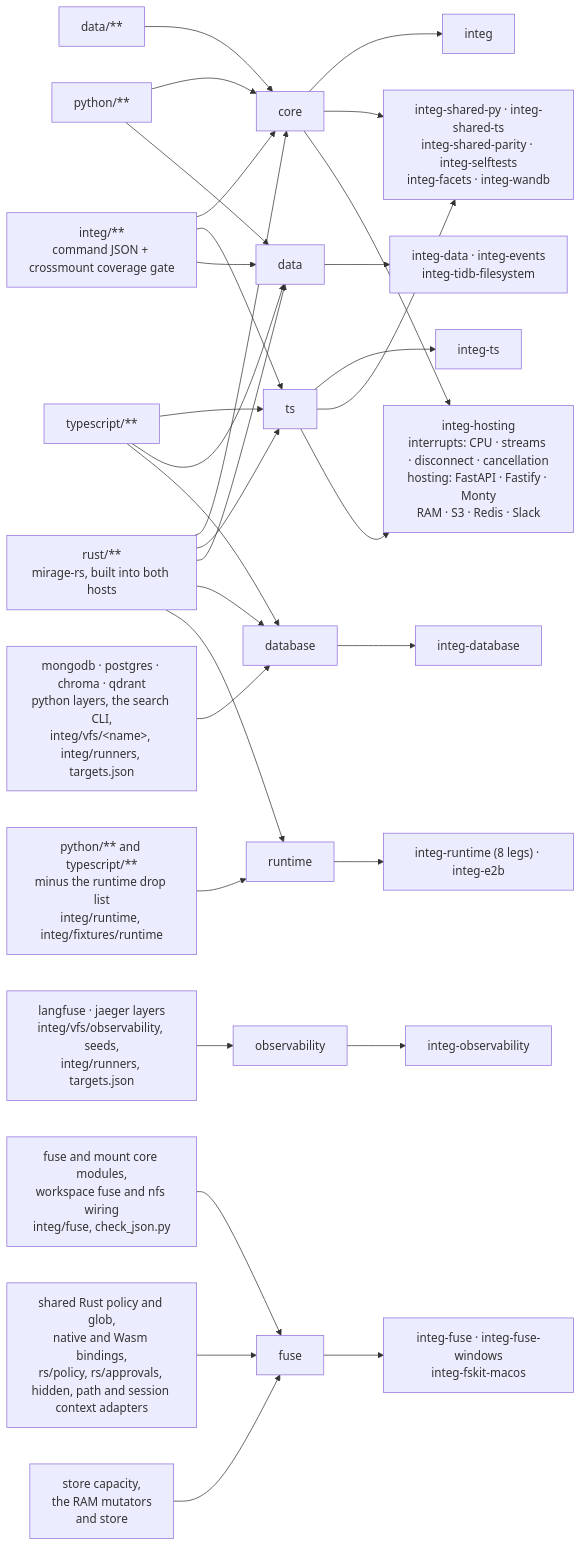
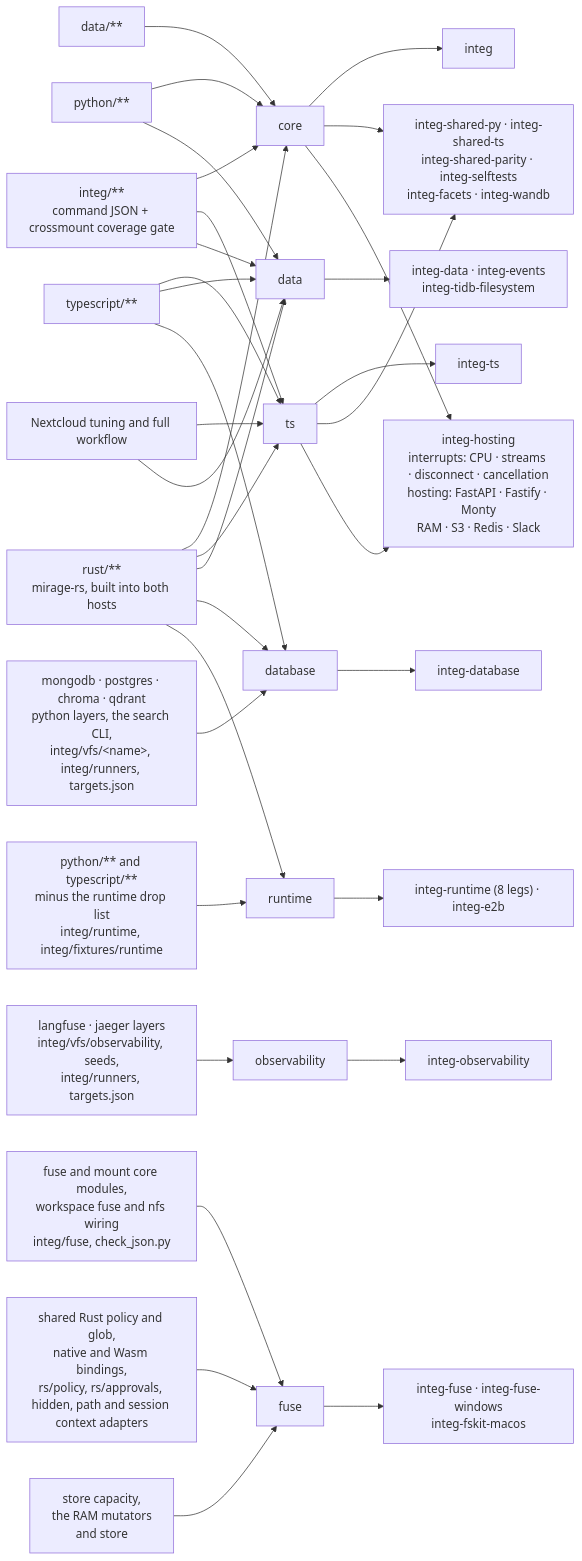
Before and after one commit to strukto-ai/mirage: the diagram in integ/README.md, drawn with Mermaid. The commit also changed other lines of this file and 207 other files, not shown here.

````diff
--- a/integ/README.md
+++ b/integ/README.md
@@ -308,23 +335,24 @@
 ```mermaid
 flowchart LR
     PY["python/**"] --> core & data
     TSX["typescript/**"] --> ts & data & database
     IN["integ/**<br/>command JSON + crossmount coverage gate"] --> core & ts & data
     D["data/**"] --> core
     RS["rust/**<br/>mirage-rs, built into both hosts"] --> core & ts & data & database & runtime
     DB["mongodb · postgres · chroma · qdrant<br/>python layers, the search CLI,<br/>integ/vfs/&lt;name&gt;, integ/runners, targets.json"] --> database
     OB["langfuse · jaeger layers<br/>integ/vfs/observability, seeds,<br/>integ/runners, targets.json"] --> observability
     FS["fuse and mount core modules,<br/>workspace fuse and nfs wiring<br/>integ/fuse, check_json.py"] --> fuse
     FP["shared Rust policy and glob,<br/>native and Wasm bindings,<br/>rs/policy, rs/approvals, hidden, path and session context adapters"] --> fuse
     CA["store capacity,<br/>the RAM mutators<br/>and store"] --> fuse
     RT["python/** and typescript/**<br/>minus the runtime drop list<br/>integ/runtime, integ/fixtures/runtime"] --> runtime
     core --> J1["integ"]
     ts --> J2["integ-ts"]
     core & ts --> J3["integ-shared-py · integ-shared-ts<br/>integ-shared-parity · integ-selftests<br/>integ-facets · integ-wandb"]
     core & ts --> HOST["integ-hosting<br/>interrupts: CPU · streams · disconnect · cancellation<br/>hosting: FastAPI · Fastify · Monty<br/>RAM · S3 · Redis · Slack"]
+    NC["Nextcloud tuning and full workflow"] --> ts & data
     data --> J4["integ-data · integ-events<br/>integ-tidb-filesystem"]
     database --> J5["integ-database"]
     observability --> J6["integ-observability"]
     fuse --> J7["integ-fuse · integ-fuse-windows<br/>integ-fskit-macos"]
     runtime --> J8["integ-runtime (8 legs) · integ-e2b"]
 ```
````
